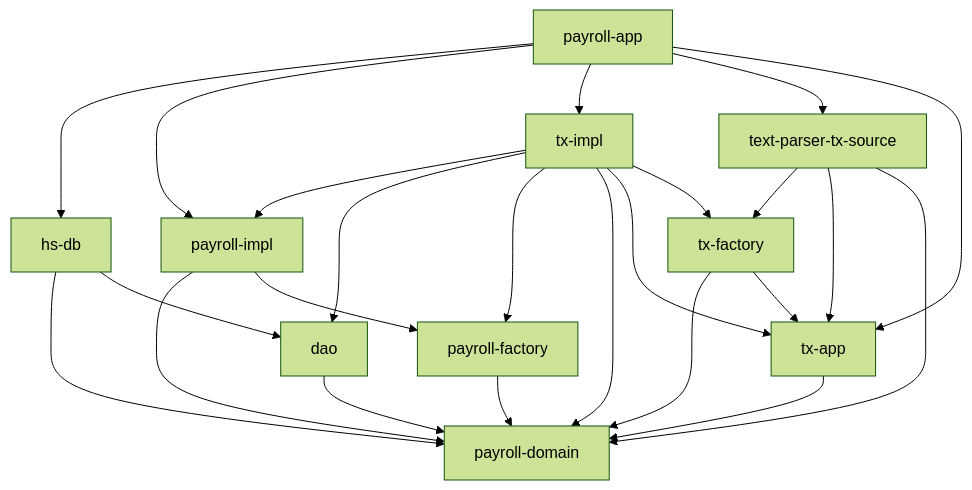
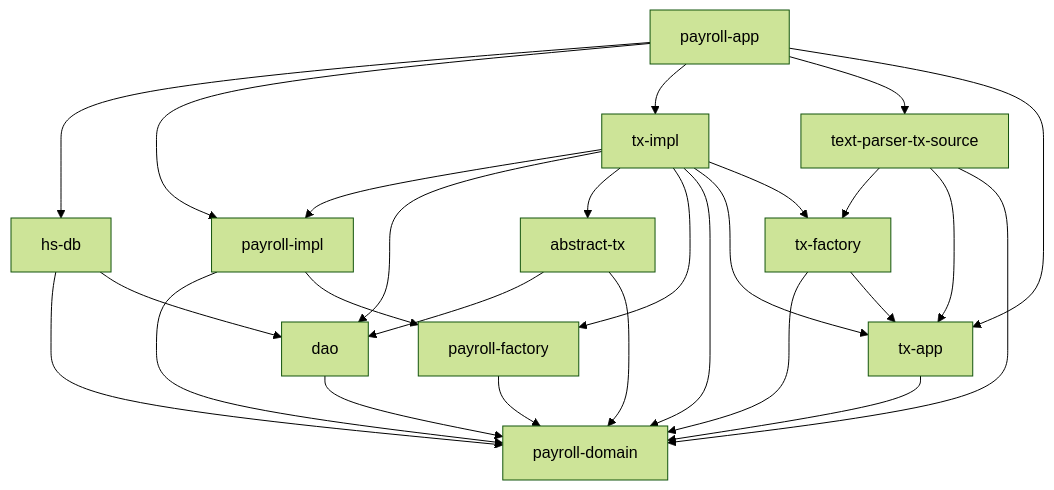
The diagram in README.md (cutsea110/payroll), drawn with Mermaid (forest theme) before and after one commit.

Commit message:
update architecture diagram

````diff
--- a/README.md
+++ b/README.md
@@ -6,35 +6,39 @@
 ```mermaid
 graph TD
 
   payroll-impl --> payroll-domain
   payroll-impl --> payroll-factory
 
   payroll-factory --> payroll-domain
 
   dao --> payroll-domain
 
+  abstract-tx --> dao
+  abstract-tx --> payroll-domain
+
   tx-impl --> payroll-impl
   tx-impl --> dao
+  tx-impl --> abstract-tx
   tx-impl --> payroll-factory
   tx-impl --> payroll-domain
   tx-impl --> tx-app
   tx-impl --> tx-factory
 
   tx-app --> payroll-domain
 
   tx-factory --> payroll-domain
   tx-factory --> tx-app
 
   text-parser-tx-source --> tx-factory
   text-parser-tx-source --> tx-app
   text-parser-tx-source --> payroll-domain
 
   hs-db --> payroll-domain
   hs-db --> dao
 
   payroll-app --> hs-db
   payroll-app --> payroll-impl
   payroll-app --> tx-impl
   payroll-app --> text-parser-tx-source
   payroll-app --> tx-app
 ```
````
